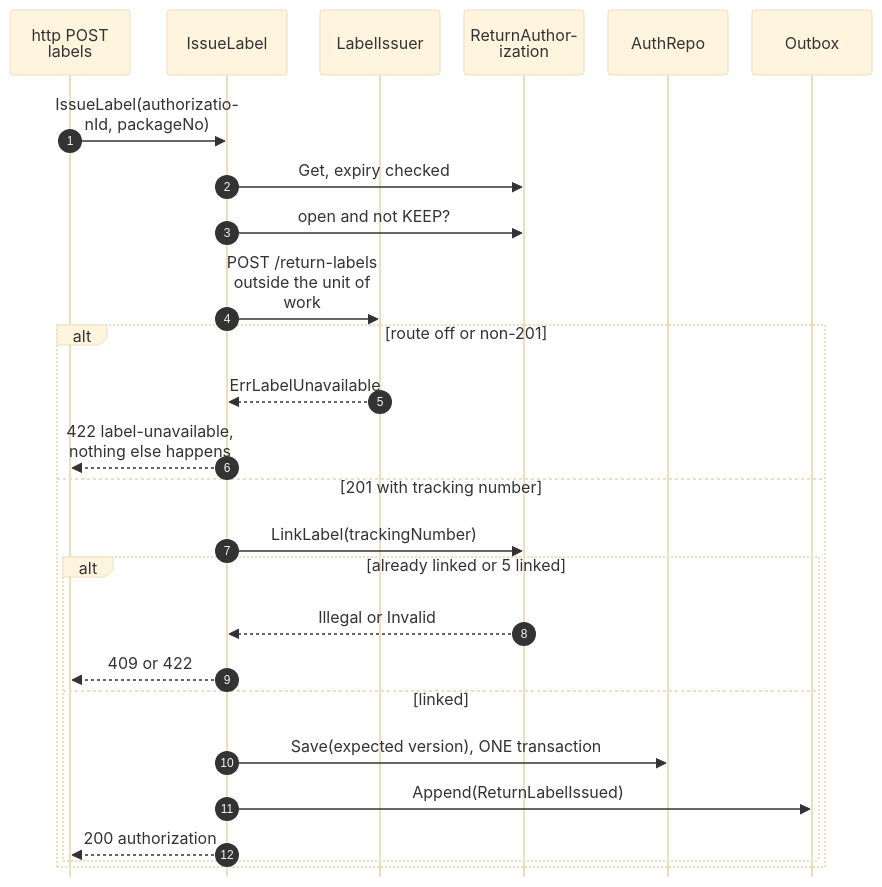
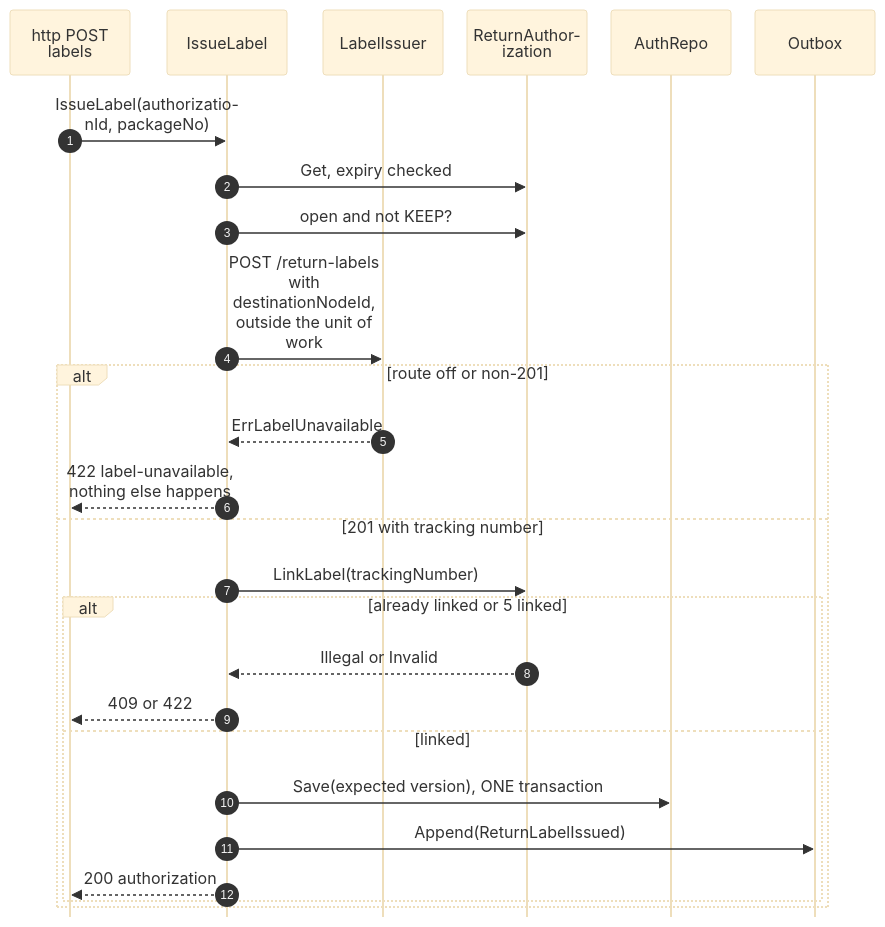
One commit to IQVO/customer-returns changed the second of 4 diagrams in docs/docs/ddd/sequence-diagrams.md. Above: the diagram before and after it, drawn with Mermaid (base theme). The commit also changed other lines of this file and 9 other files, not shown here.

First line of the commit message:
docs(labels): the call names the destination node, the label owner derives the prefix

````diff
--- a/docs/docs/ddd/sequence-diagrams.md
+++ b/docs/docs/ddd/sequence-diagrams.md
@@ -63,29 +63,29 @@
 ```mermaid
 %%{init: {"sequence": {"wrap": true, "width": 120, "actorMargin": 24, "messageMargin": 28, "boxMargin": 6, "noteMargin": 6, "mirrorActors": false}}}%%
 sequenceDiagram
     autonumber
     participant H as http POST labels
     participant UC as IssueLabel
     participant L as LabelIssuer
     participant A as ReturnAuthorization
     participant R as AuthRepo
     participant OB as Outbox
     H->>UC: IssueLabel(authorizationId, packageNo)
     UC->>A: Get, expiry checked
     UC->>A: open and not KEEP?
-    UC->>L: POST /return-labels outside the unit of work
+    UC->>L: POST /return-labels with destinationNodeId, outside the unit of work
     alt route off or non-201
         L-->>UC: ErrLabelUnavailable
         UC-->>H: 422 label-unavailable, nothing else happens
     else 201 with tracking number
         UC->>A: LinkLabel(trackingNumber)
         alt already linked or 5 linked
             A-->>UC: Illegal or Invalid
             UC-->>H: 409 or 422
         else linked
             UC->>R: Save(expected version), ONE transaction
             UC->>OB: Append(ReturnLabelIssued)
             UC-->>H: 200 authorization
         end
     end
 ```
````
